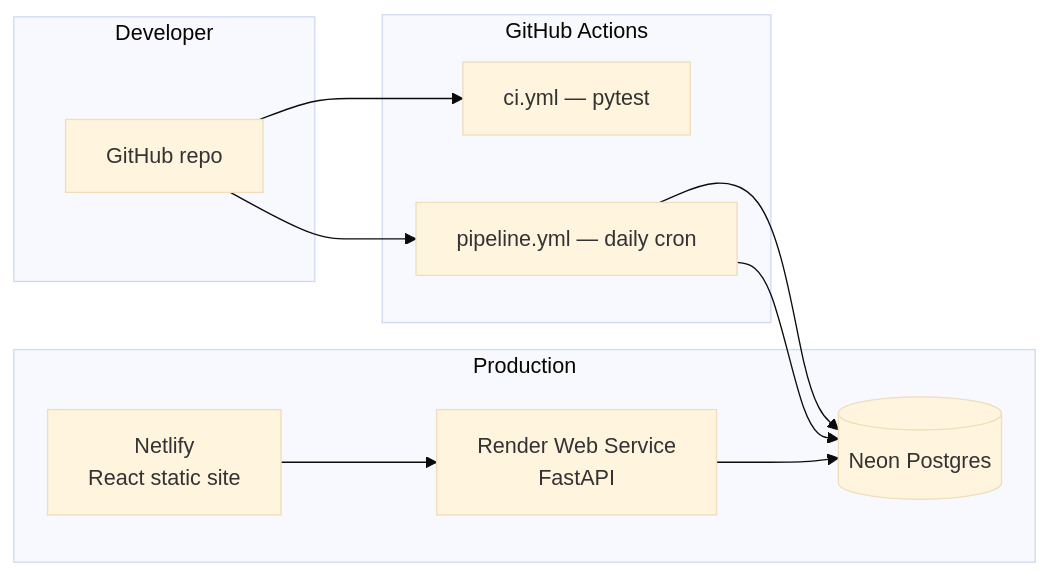
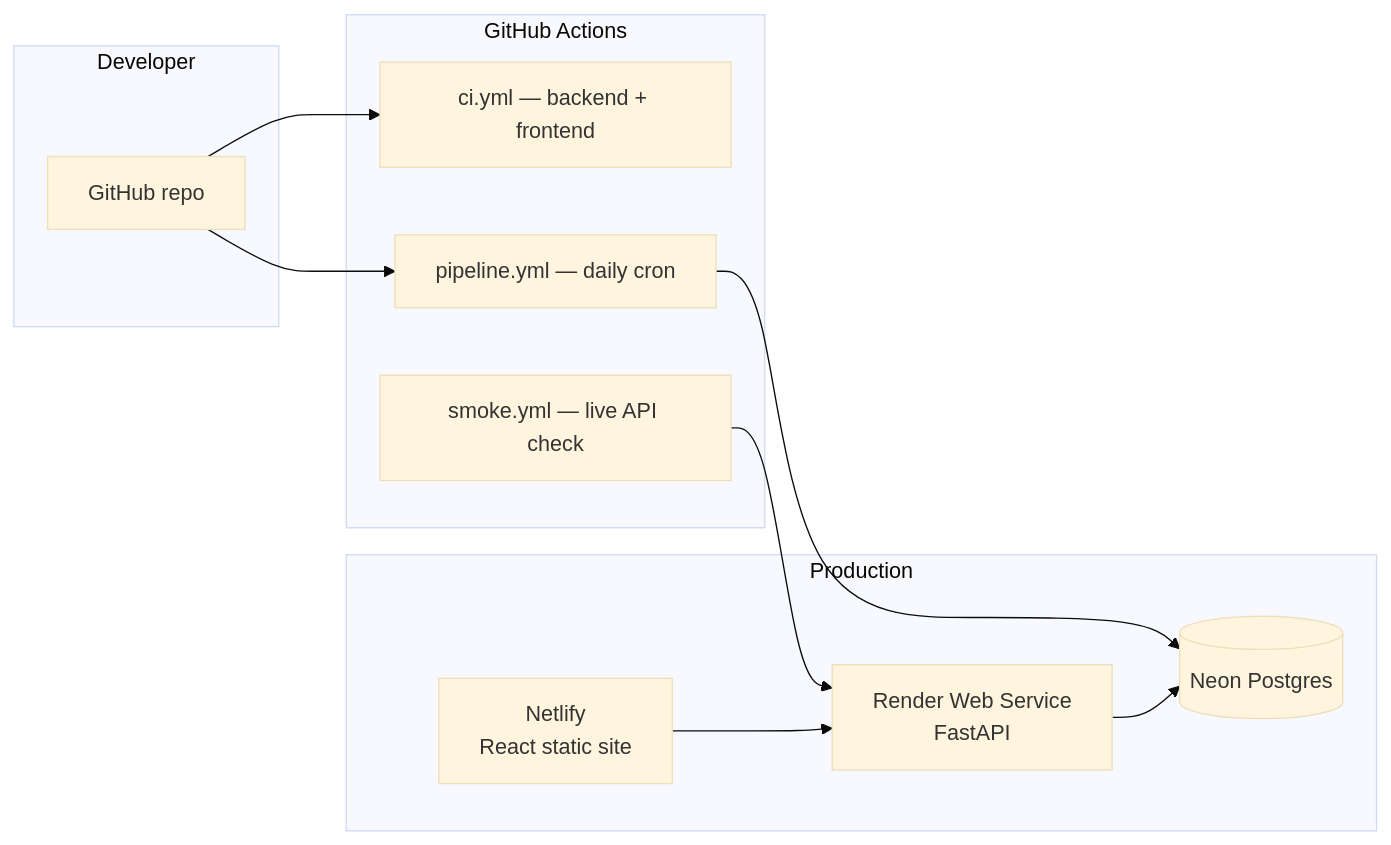
Before and after one commit to Adil-Bee200/financial-sentiment-agent: the fourth of 4 diagrams in README.md, drawn with Mermaid (base theme). The commit also changed other lines of this file, not shown here.

````diff
--- a/README.md
+++ b/README.md
@@ -194,24 +195,25 @@
 ```mermaid
 flowchart LR
     subgraph Dev["Developer"]
         GIT["GitHub repo"]
     end
 
     subgraph GHA["GitHub Actions"]
-        CI["ci.yml — pytest"]
+        CI["ci.yml — backend + frontend"]
         PL["pipeline.yml — daily cron"]
+        SM["smoke.yml — live API check"]
     end
 
     subgraph Prod["Production"]
         NEON[("Neon Postgres")]
         RENDER["Render Web Service<br/>FastAPI"]
         NETLIFY["Netlify<br/>React static site"]
     end
 
     GIT --> CI
     GIT --> PL
-    PL --> NEON
+    SM --> RENDER
     PL --> NEON
     RENDER --> NEON
     NETLIFY --> RENDER
 ```
````
